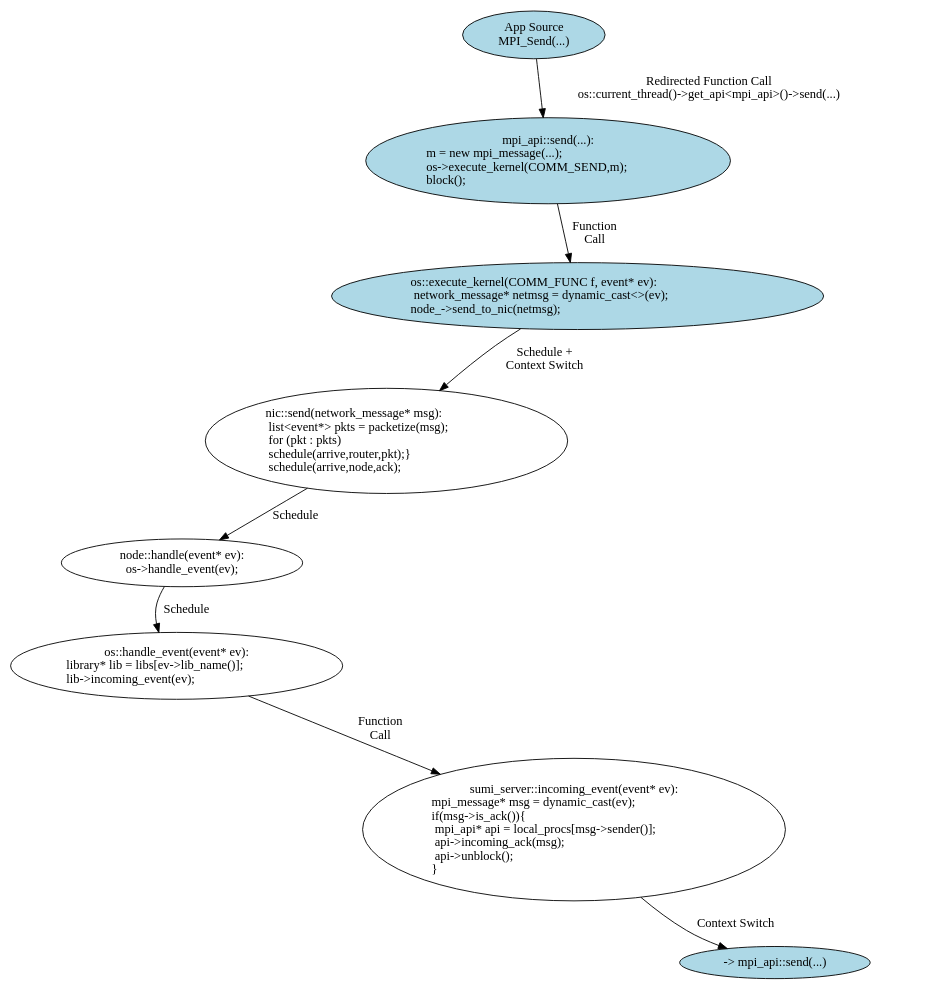
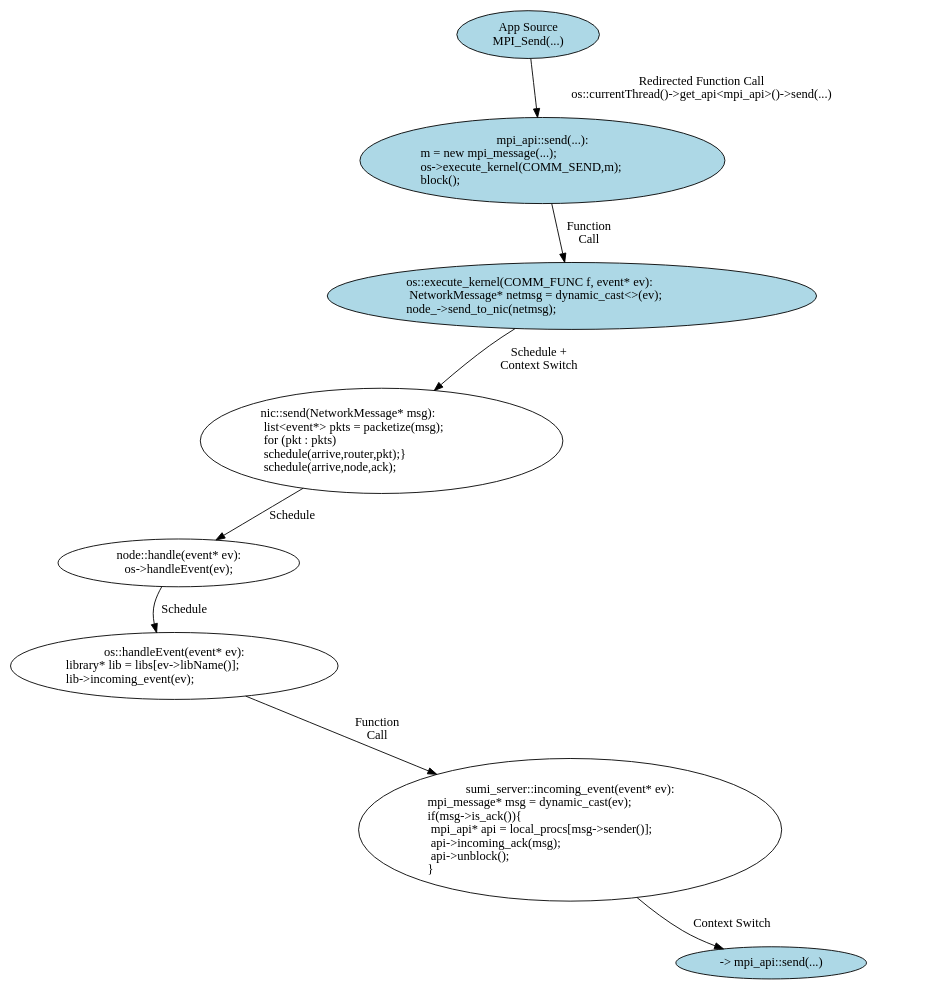
The diagram in docs/developer/figures/des.dot (sstsimulator/sst-macro), drawn with Graphviz before and after one commit. The commit also changed 596 other files, not shown here.

```diff
--- a/docs/developer/figures/des.dot
+++ b/docs/developer/figures/des.dot
@@ -1,40 +1,40 @@
 
 digraph { 
 
 nic0,nic1,nic2,nic4,nic5,nic6,nic7,
 mpi0,mpi1,mpi2,mpi3,mpi4,mpi5,mpi7,
 node0,node1,node2,node3,node6,node7,
 thr13,thr14,thr15,thr16
 [style=invis];
 
 thr10 [style=filled,fillcolor="lightblue",label="App Source\nMPI_Send(...)"];
 thr11 [style=filled,fillcolor="lightblue",label="mpi_api::send(...):\nm = new mpi_message(...);\los->execute_kernel(COMM_SEND,m);\lblock();\l"];
-thr12 [style=filled,fillcolor="lightblue",label="os::execute_kernel(COMM_FUNC f, event* ev):\l  network_message* netmsg = dynamic_cast<>(ev);\l node_->send_to_nic(netmsg);\l"]
-nic3  [label="nic::send(network_message* msg):\l  list<event*> pkts = packetize(msg);\l  for (pkt : pkts)\l  schedule(arrive,router,pkt);}\l  schedule(arrive,node,ack);\l"]
-node4 [label="node::handle(event* ev):\nos->handle_event(ev);"]
-node5 [label="os::handle_event(event* ev):\nlibrary* lib = libs[ev->lib_name()];\llib->incoming_event(ev);\l"]
+thr12 [style=filled,fillcolor="lightblue",label="os::execute_kernel(COMM_FUNC f, event* ev):\l  NetworkMessage* netmsg = dynamic_cast<>(ev);\l node_->send_to_nic(netmsg);\l"]
+nic3  [label="nic::send(NetworkMessage* msg):\l  list<event*> pkts = packetize(msg);\l  for (pkt : pkts)\l  schedule(arrive,router,pkt);}\l  schedule(arrive,node,ack);\l"]
+node4 [label="node::handle(event* ev):\nos->handleEvent(ev);"]
+node5 [label="os::handleEvent(event* ev):\nlibrary* lib = libs[ev->libName()];\llib->incoming_event(ev);\l"]
 mpi6  [label="sumi_server::incoming_event(event* ev):\nmpi_message* msg = dynamic_cast(ev);\lif(msg->is_ack()){\l  mpi_api* api = local_procs[msg->sender()];\l  api->incoming_ack(msg);\l  api->unblock();\l}\l"]
 thr17 [style=filled,fillcolor="lightblue",label=" -> mpi_api::send(...)"];
 
 
 
 
 edge[style=invis];
 node0->node1->node2->node3->node4->node5->node6->node7;
 nic0->nic1->nic2->nic3->nic4->nic5->nic6->nic7;
 thr10->thr11->thr12->thr13->thr14->thr15->thr16->thr17;
 mpi0->mpi1->mpi2->mpi3->mpi4->mpi5->mpi6->mpi7;
 
 
 edge[style=solid];
-thr10->thr11 [label="Redirected Function Call\nos::current_thread()->get_api<mpi_api>()->send(...)"];
+thr10->thr11 [label="Redirected Function Call\nos::currentThread()->get_api<mpi_api>()->send(...)"];
 thr11->thr12 [label="Function\nCall"];
 thr12->nic3 [label="Schedule + \nContext Switch"];
 nic3->node4 [label="Schedule"];
 node4->node5 [label="Schedule"];
 node5->mpi6 [label="Function\nCall"];
 mpi6->thr17 [label="Context Switch"];
 
 #mpi6->thr17 [label="Function\nCall"];
 
 }
```
